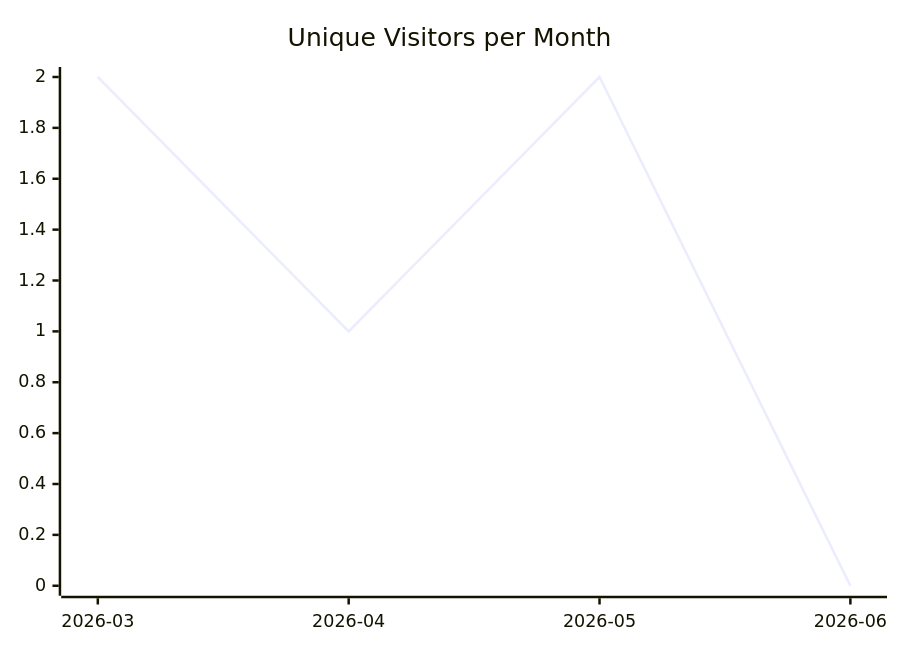
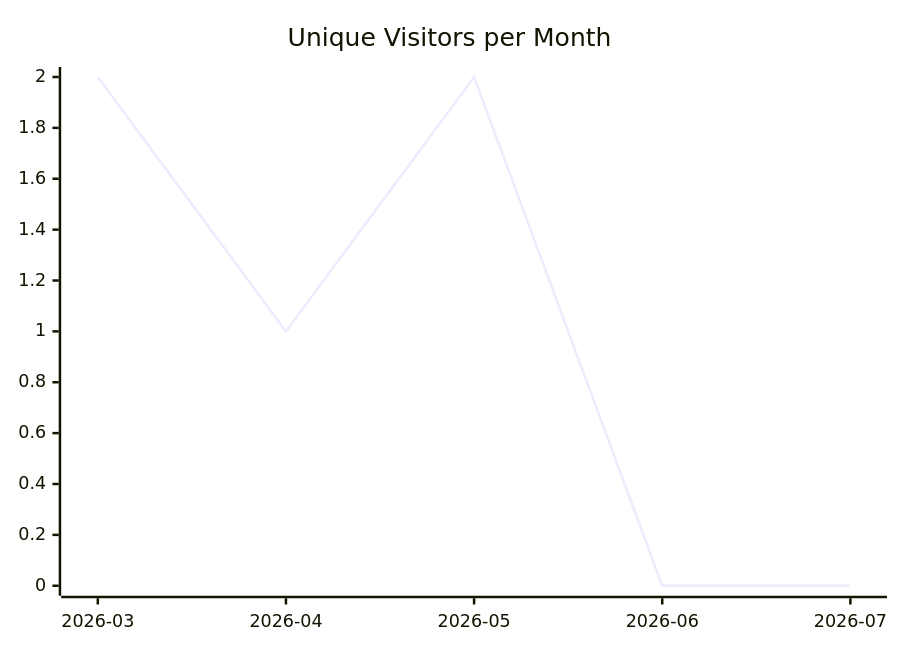
The first of 3 diagrams in karlmdavis/kxml2/README.md (justdavis-family/github-analytics-data), drawn with Mermaid before and after one commit. The commit also changed other lines of this file and 199 other files, not shown here.

````diff
--- a/karlmdavis/kxml2/README.md
+++ b/karlmdavis/kxml2/README.md
@@ -5,6 +5,6 @@
 ```mermaid
 xychart-beta
   title "Unique Visitors per Month"
-  x-axis ["2026-03", "2026-04", "2026-05", "2026-06"]
-  line [2, 1, 2, 0]
+  x-axis ["2026-03", "2026-04", "2026-05", "2026-06", "2026-07"]
+  line [2, 1, 2, 0, 0]
 ```
````
